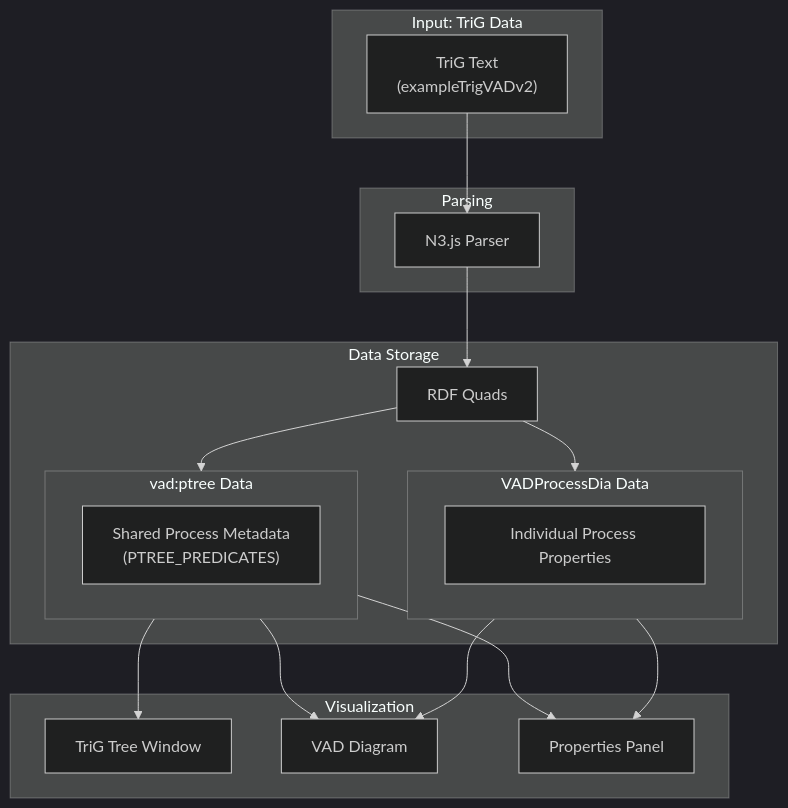
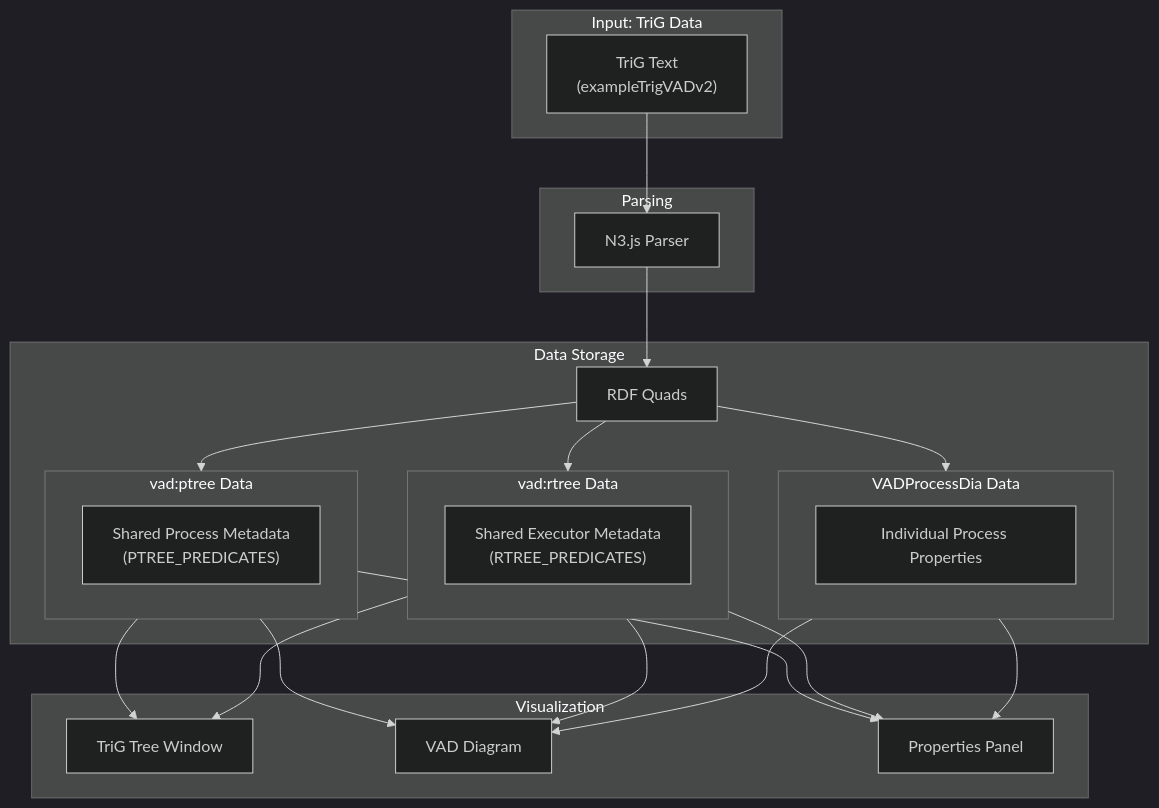
Before and after one commit to konard/bpmbpm-rdf-grapher: the fifth of 5 diagrams in ver7so/vad-basic-ontology.mermaid.md, drawn with Mermaid (dark theme). The commit also changed other lines of this file and 3 other files, not shown here.

````diff
--- a/ver7so/vad-basic-ontology.mermaid.md
+++ b/ver7so/vad-basic-ontology.mermaid.md
@@ -259,36 +326,43 @@
 ```mermaid
 flowchart TB
     subgraph INPUT["Input: TriG Data"]
         TRIG["TriG Text\n(exampleTrigVADv2)"]
     end
 
     subgraph PARSE["Parsing"]
         PARSER["N3.js Parser"]
     end
 
     subgraph STORE["Data Storage"]
         QUADS["RDF Quads"]
         subgraph PTREE_DATA["vad:ptree Data"]
             PTREE_QUADS["Shared Process Metadata\n(PTREE_PREDICATES)"]
         end
+        subgraph RTREE_DATA["vad:rtree Data"]
+            RTREE_QUADS["Shared Executor Metadata\n(RTREE_PREDICATES)"]
+        end
         subgraph TRIG_DATA["VADProcessDia Data"]
             TRIG_QUADS["Individual Process Properties"]
         end
     end
 
     subgraph RENDER["Visualization"]
         TREE["TriG Tree Window"]
         VAD["VAD Diagram"]
         PROPS["Properties Panel"]
     end
 
     TRIG --> PARSER
     PARSER --> QUADS
     QUADS --> PTREE_DATA
+    QUADS --> RTREE_DATA
     QUADS --> TRIG_DATA
     PTREE_DATA --> TREE
+    RTREE_DATA --> TREE
     PTREE_DATA --> VAD
+    RTREE_DATA --> VAD
     TRIG_DATA --> VAD
     PTREE_DATA --> PROPS
+    RTREE_DATA --> PROPS
     TRIG_DATA --> PROPS
 ```
````
